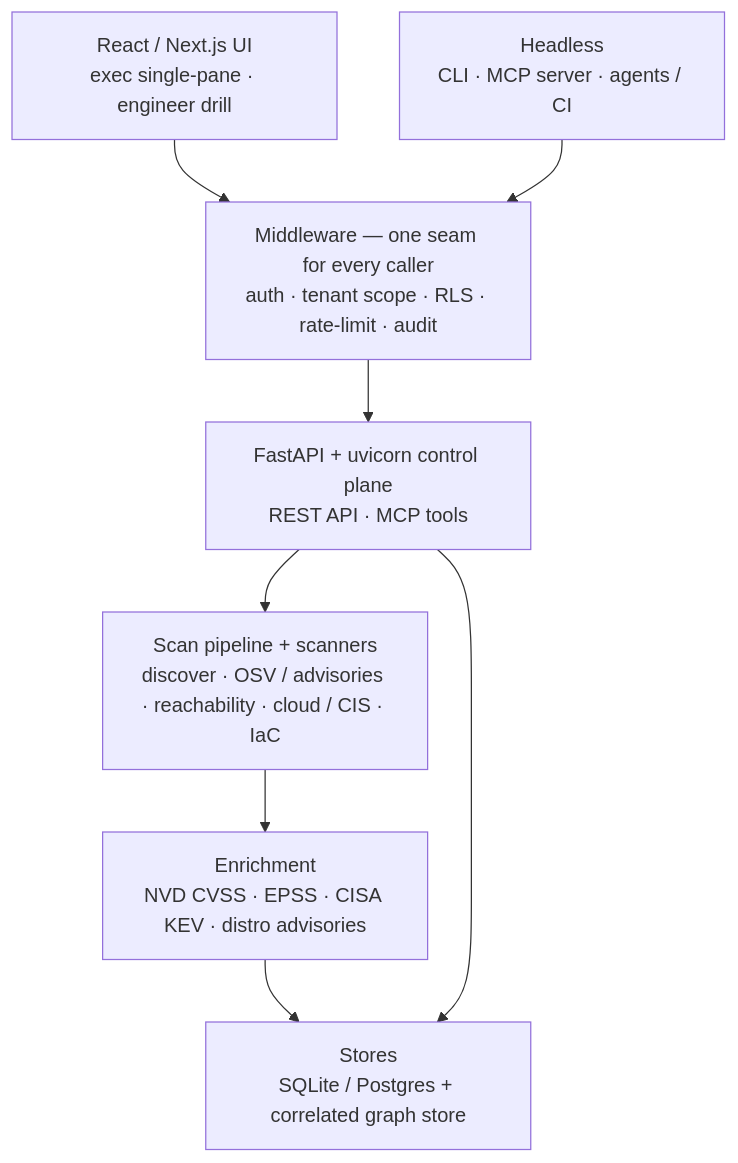
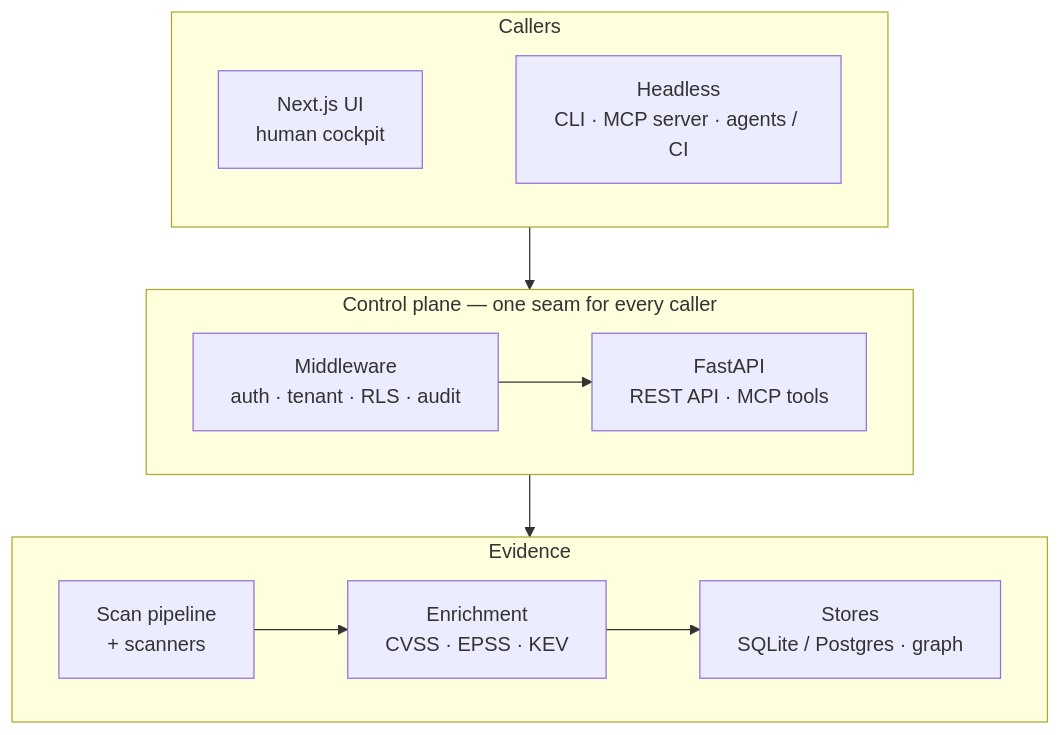
Before and after one commit to msaad00/agent-bom: the second of 2 diagrams in README.md, drawn with Mermaid. The commit also changed other lines of this file, not shown here.

First line of the commit message:
docs(readme): lead with what/who/how, dedupe sections, compact diagrams (#4176)

````diff
--- a/README.md
+++ b/README.md
@@ -170,16 +102,16 @@
 ```mermaid
 flowchart TB
-    UI["React / Next.js UI<br/>exec single-pane · engineer drill"]
-    HL["Headless<br/>CLI · MCP server · agents / CI"]
-    MW["Middleware — one seam for every caller<br/>auth · tenant scope · RLS · rate-limit · audit"]
-    API["FastAPI + uvicorn control plane<br/>REST API · MCP tools"]
-    PIPE["Scan pipeline + scanners<br/>discover · OSV / advisories · reachability · cloud / CIS · IaC"]
-    ENR["Enrichment<br/>NVD CVSS · EPSS · CISA KEV · distro advisories"]
-    ST["Stores<br/>SQLite / Postgres + correlated graph store"]
-
-    UI --> MW
-    HL --> MW
-    MW --> API
-    API --> PIPE --> ENR --> ST
-    API --> ST
+    subgraph callers ["Callers"]
+        direction LR
+        UI["Next.js UI<br/>human cockpit"] ~~~ HL["Headless<br/>CLI · MCP server · agents / CI"]
+    end
+    subgraph plane ["Control plane — one seam for every caller"]
+        direction LR
+        MW["Middleware<br/>auth · tenant · RLS · audit"] --> API["FastAPI<br/>REST API · MCP tools"]
+    end
+    subgraph evidence ["Evidence"]
+        direction LR
+        PIPE["Scan pipeline<br/>+ scanners"] --> ENR["Enrichment<br/>CVSS · EPSS · KEV"] --> ST["Stores<br/>SQLite / Postgres · graph"]
+    end
+    callers --> plane --> evidence
 ```
````
